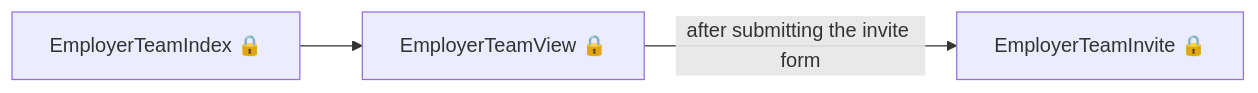
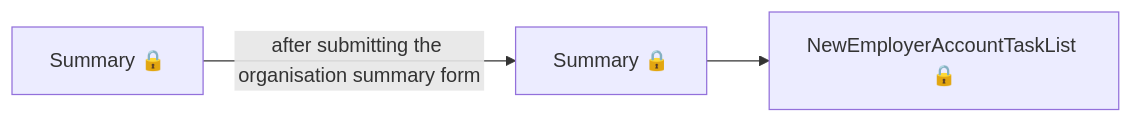
The fifth of 8 diagrams in das-employer-accounts/user-journeys/user-journeys.md (talentconsulting/atlas-dfe), drawn with Mermaid before and after one commit. The commit also changed other lines of this file and 36 other files, not shown here.

````diff
--- a/das-employer-accounts/user-journeys/user-journeys.md
+++ b/das-employer-accounts/user-journeys/user-journeys.md
@@ -73,5 +68,5 @@
 ```mermaid
 flowchart LR
-  p0["EmployerTeamIndex 🔒"] --> p1["EmployerTeamView 🔒"]
-  p1["EmployerTeamView 🔒"] -->|"after submitting the invite form"| p2["EmployerTeamInvite 🔒"]
+  p0["Summary 🔒"] -->|"after submitting the organisation summary form"| p1["Summary 🔒"]
+  p1["Summary 🔒"] --> p2["NewEmployerAccountTaskList 🔒"]
 ```
````
